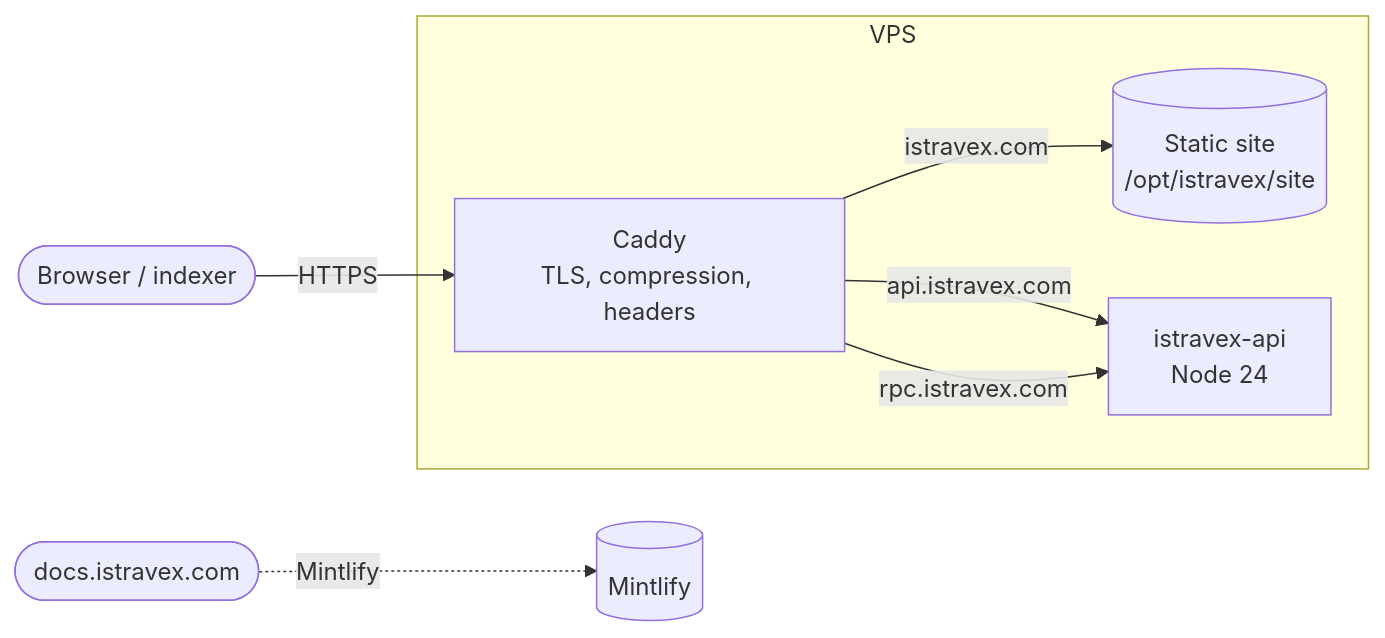
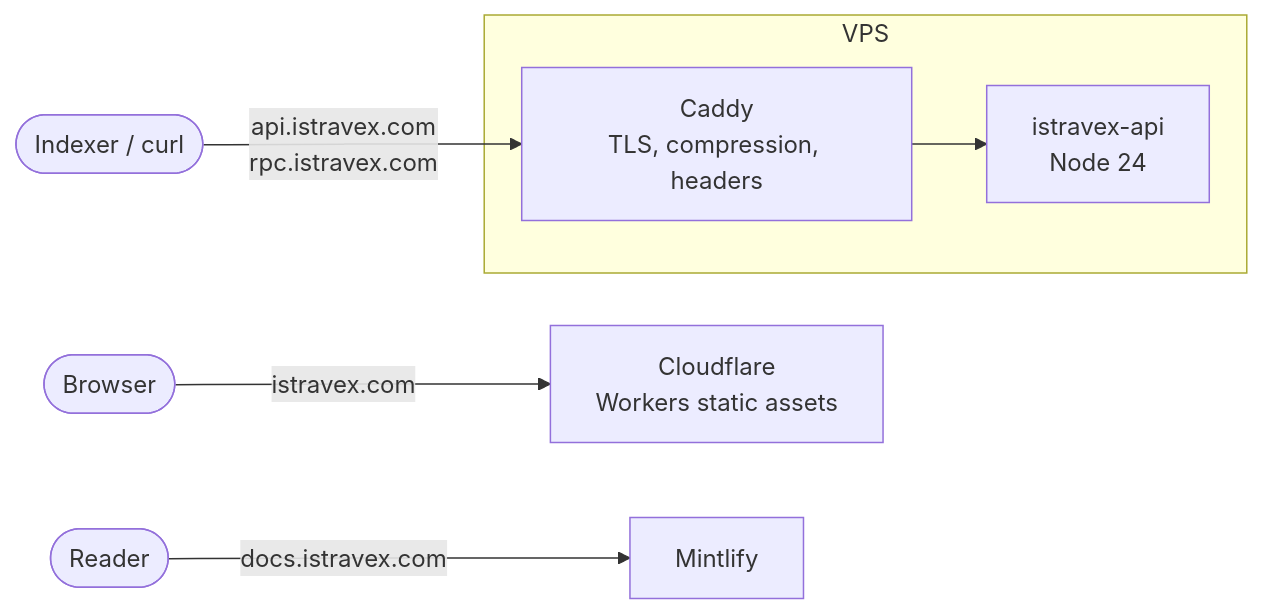
The diagram in docs/operations/deployment.mdx (hackcat29/istravex), drawn with Mermaid before and after one commit. The commit also changed other lines of this file and 14 other files, not shown here.

````diff
--- a/docs/operations/deployment.mdx
+++ b/docs/operations/deployment.mdx
@@ -10,11 +10,9 @@
 ```mermaid
 flowchart LR
-  user([Browser / indexer]) -->|HTTPS| caddy
+  browser([Browser]) -->|istravex.com| cf[Cloudflare<br/>Workers static assets]
+  client([Indexer / curl]) -->|api.istravex.com<br/>rpc.istravex.com| caddy
   subgraph VPS
-    caddy[Caddy<br/>TLS, compression, headers]
-    caddy -->|istravex.com| site[(Static site<br/>/opt/istravex/site)]
-    caddy -->|api.istravex.com| api[istravex-api<br/>Node 24]
-    caddy -->|rpc.istravex.com| api
+    caddy[Caddy<br/>TLS, compression, headers] --> api[istravex-api<br/>Node 24]
   end
-  docs([docs.istravex.com]) -.->|Mintlify| mintlify[(Mintlify)]
+  reader([Reader]) -->|docs.istravex.com| mintlify[Mintlify]
 ```
````
